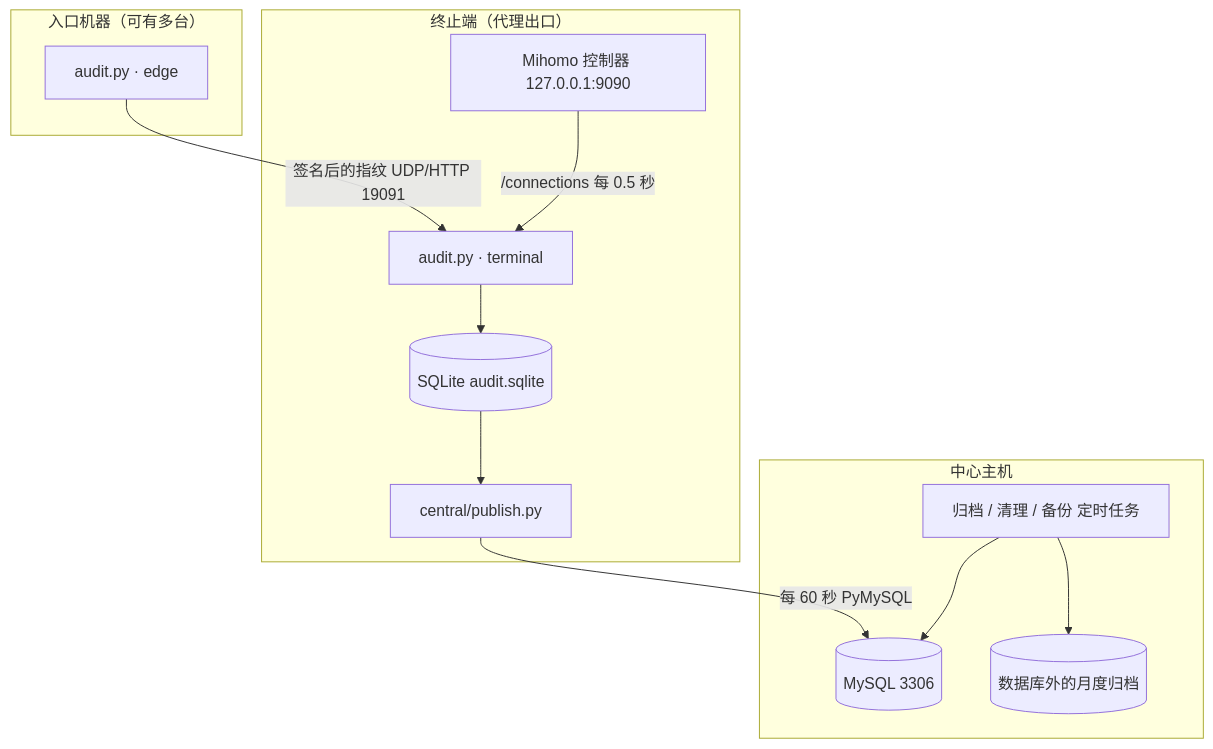
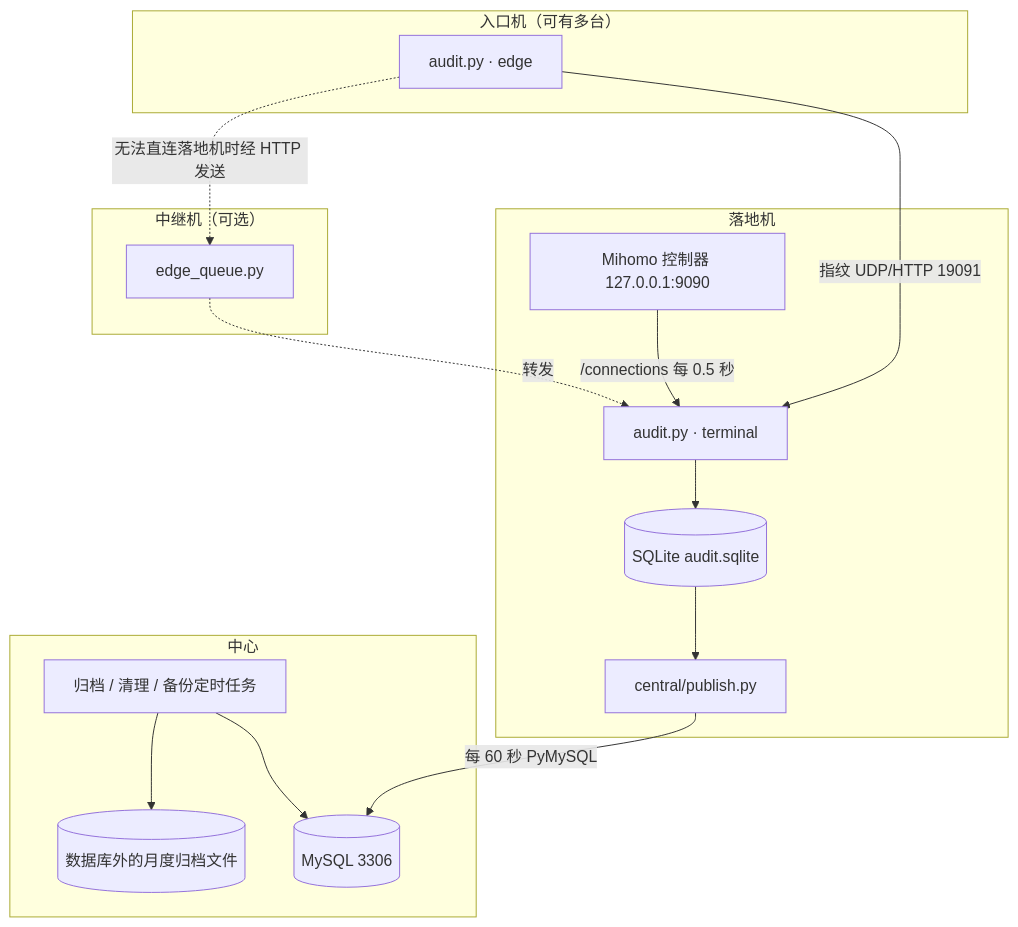
One commit to ryoo2001/yuuyan-s-vps-Audit changed the diagram in design.md. Above: the diagram before and after it, drawn with Mermaid. The commit also changed other lines of this file and 8 other files, not shown here.

````diff
--- a/design.md
+++ b/design.md
@@ -7,23 +9,27 @@
 ```mermaid
 flowchart TB
-    subgraph Entry["入口机器（可有多台）"]
+    subgraph Entry["入口机（可有多台）"]
         EP["audit.py · edge"]
     end
-    subgraph Term["终止端（代理出口）"]
+    subgraph Relay["中继机（可选）"]
+        EQ["edge_queue.py"]
+    end
+    subgraph Term["落地机"]
         MH["Mihomo 控制器 127.0.0.1:9090"]
         TA["audit.py · terminal"]
         DB[("SQLite audit.sqlite")]
         PB["central/publish.py"]
     end
-    subgraph Center["中心主机"]
+    subgraph Center["中心"]
         MY[("MySQL 3306")]
-        TM["归档 / 清理 / 备份 定时任务"]
-        AR[("数据库外的月度归档")]
+        TM["归档 / 清理 / 备份定时任务"]
+        AR[("数据库外的月度归档文件")]
     end
-    EP -- "签名后的指纹 UDP/HTTP 19091" --> TA
+    EP -- "指纹 UDP/HTTP 19091" --> TA
+    EP -. "无法直连落地机时经 HTTP 发送" .-> EQ -. 转发 .-> TA
     MH -- "/connections 每 0.5 秒" --> TA
     TA --> DB --> PB
     PB -- "每 60 秒 PyMySQL" --> MY
     TM --> MY
     TM --> AR
 ```
````
